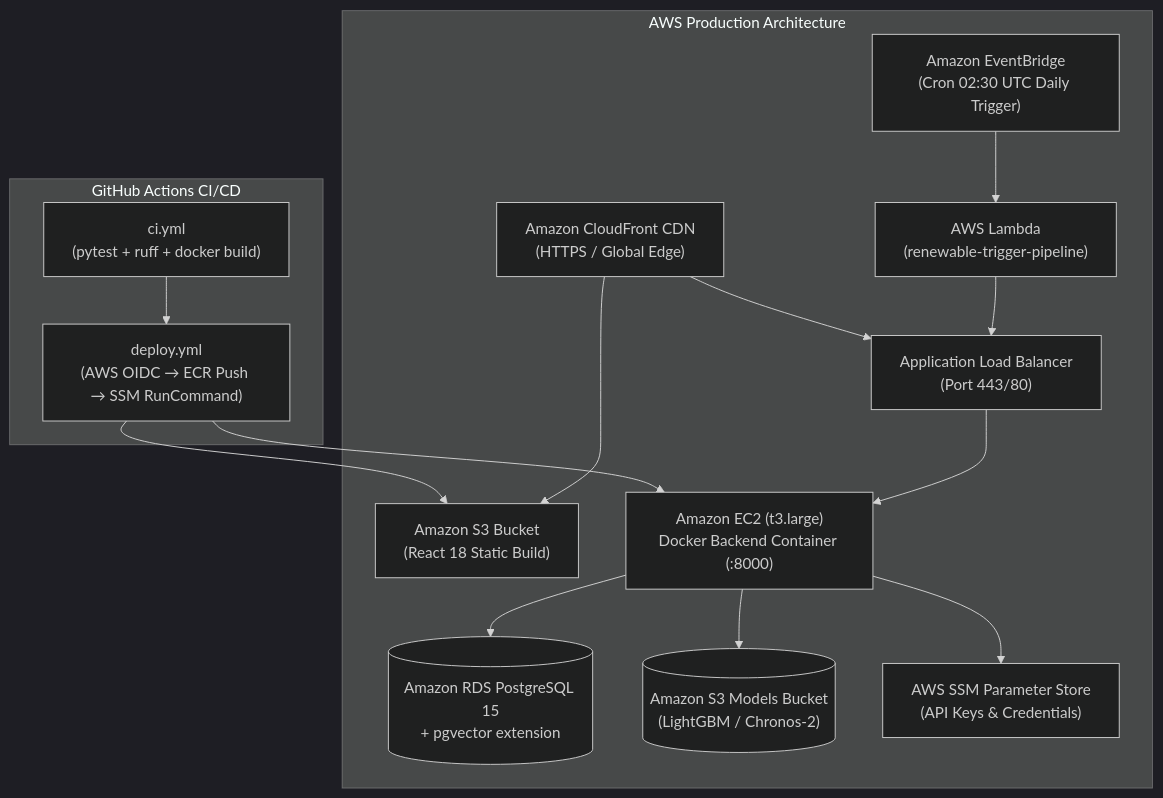
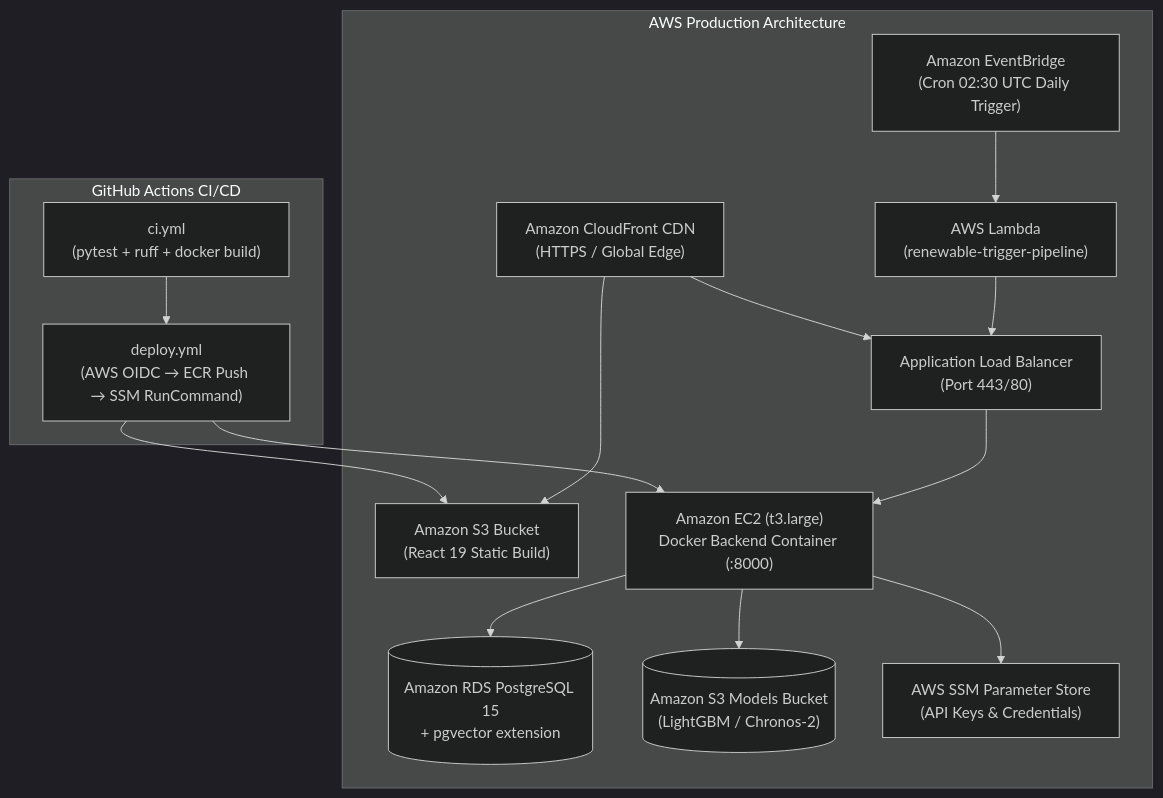
Before and after one commit to Meetvirugama/AI-Powered-Renewable-Generation-Forecasting-Platform: the seventh of 7 diagrams in docs/system_architecture.md, drawn with Mermaid (dark theme). The commit also changed other lines of this file and 12 other files, not shown here.

````diff
--- a/docs/system_architecture.md
+++ b/docs/system_architecture.md
@@ -442,30 +442,30 @@
 ```mermaid
 flowchart TD
     subgraph GitHub_Actions["GitHub Actions CI/CD"]
         CI["ci.yml<br/>(pytest + ruff + docker build)"]
         CD["deploy.yml<br/>(AWS OIDC → ECR Push → SSM RunCommand)"]
     end
 
     subgraph AWS_Cloud["AWS Production Architecture"]
         CF["Amazon CloudFront CDN<br/>(HTTPS / Global Edge)"]
-        S3_FE["Amazon S3 Bucket<br/>(React 18 Static Build)"]
+        S3_FE["Amazon S3 Bucket<br/>(React 19 Static Build)"]
         ALB["Application Load Balancer<br/>(Port 443/80)"]
         EC2["Amazon EC2 (t3.large)<br/>Docker Backend Container (:8000)"]
         RDS[("Amazon RDS PostgreSQL 15<br/>+ pgvector extension")]
         S3_MODELS[("Amazon S3 Models Bucket<br/>(LightGBM / Chronos-2)")]
         SSM["AWS SSM Parameter Store<br/>(API Keys & Credentials)"]
         EB["Amazon EventBridge<br/>(Cron 02:30 UTC Daily Trigger)"]
         LAMBDA["AWS Lambda<br/>(renewable-trigger-pipeline)"]
     end
 
     CI --> CD
     CD --> S3_FE
     CD --> EC2
 
     CF --> S3_FE
     CF --> ALB --> EC2
     EC2 --> RDS
     EC2 --> S3_MODELS
     EC2 --> SSM
     EB --> LAMBDA --> ALB
 ```
````
